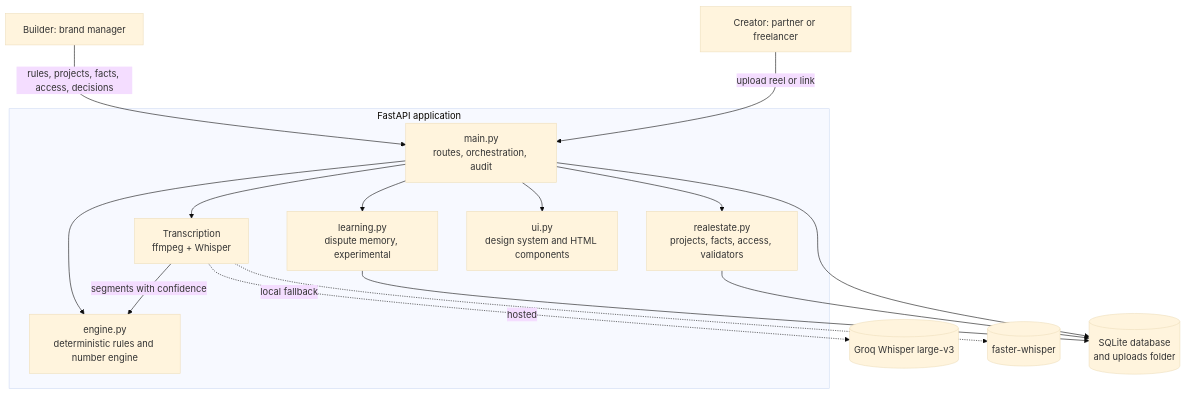
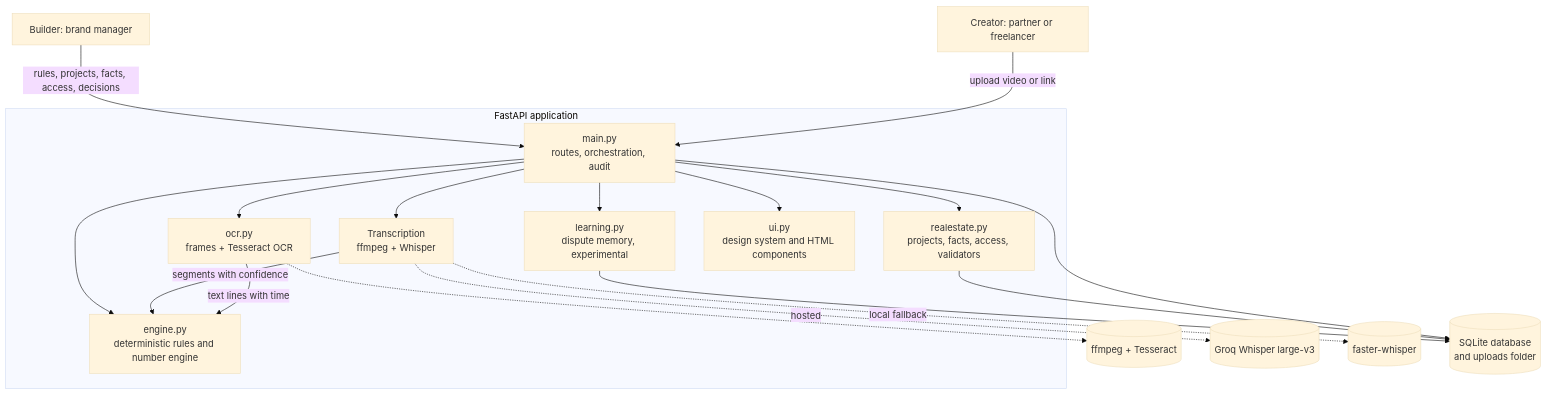
One commit to anuraggavit24/brandguard changed the first of 3 diagrams in README.md. Above: the diagram before and after it, drawn with Mermaid (base theme). The commit also changed other lines of this file, not shown here.

````diff
--- a/README.md
+++ b/README.md
@@ -64,26 +67,30 @@
 ```mermaid
 flowchart TD
-    U[Creator: partner or freelancer] -->|upload reel or link| M
+    U[Creator: partner or freelancer] -->|upload video or link| M
     B[Builder: brand manager] -->|rules, projects, facts, access, decisions| M
 
     subgraph App[FastAPI application]
         M[main.py<br/>routes, orchestration, audit]
         T[Transcription<br/>ffmpeg + Whisper]
+        O[ocr.py<br/>frames + Tesseract OCR]
         E[engine.py<br/>deterministic rules and number engine]
         R[realestate.py<br/>projects, facts, access, validators]
         L[learning.py<br/>dispute memory, experimental]
         V[ui.py<br/>design system and HTML components]
     end
 
     M --> T
+    M --> O
+    O -->|text lines with time| E
     T -->|segments with confidence| E
     M --> E
     M --> R
     M --> L
     M --> V
+    O -.-> X[(ffmpeg + Tesseract)]
     T -.->|hosted| G[(Groq Whisper large-v3)]
     T -.->|local fallback| W[(faster-whisper)]
     M --> D[(SQLite database<br/>and uploads folder)]
     R --> D
     L --> D
 ```
````
